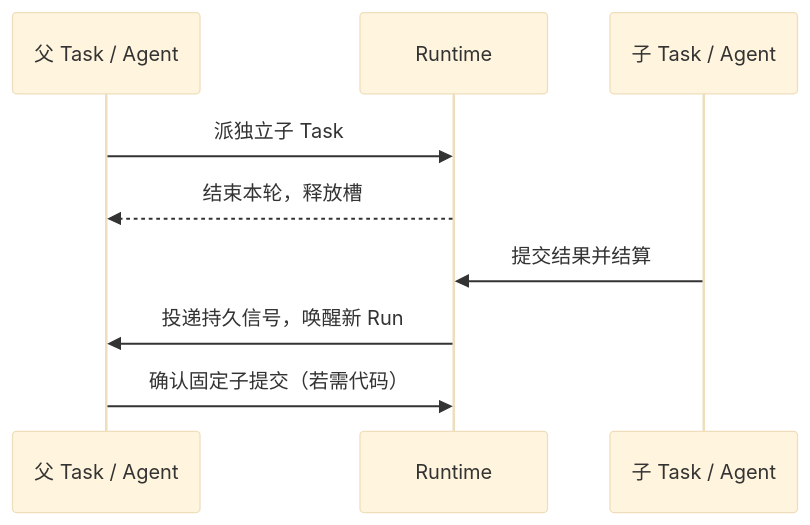
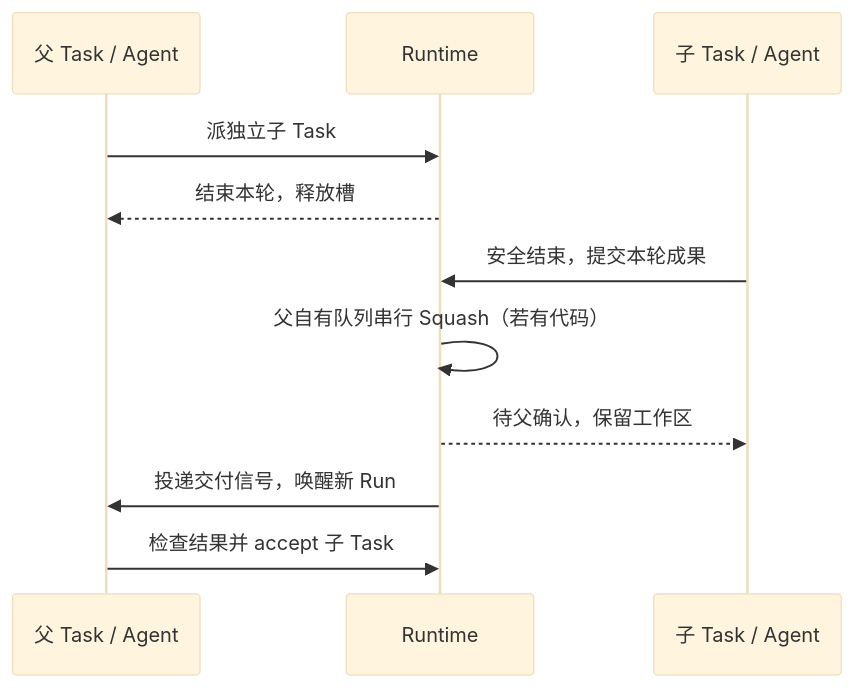
One commit to Loyage/lush changed the diagram in docs/engineering/execution-model.md. Above: the diagram before and after it, drawn with Mermaid (base theme). The commit also changed other lines of this file and 43 other files, not shown here.

````diff
--- a/docs/engineering/execution-model.md
+++ b/docs/engineering/execution-model.md
@@ -11,11 +11,13 @@
 ```mermaid
 sequenceDiagram
     participant P as 父 Task / Agent
     participant R as Runtime
     participant C as 子 Task / Agent
     P->>R: 派独立子 Task
     R-->>P: 结束本轮，释放槽
-    C->>R: 提交结果并结算
-    R->>P: 投递持久信号，唤醒新 Run
-    P->>R: 确认固定子提交（若需代码）
+    C->>R: 安全结束，提交本轮成果
+    R->>R: 父自有队列串行 Squash（若有代码）
+    R-->>C: 待父确认，保留工作区
+    R->>P: 投递交付信号，唤醒新 Run
+    P->>R: 检查结果并 accept 子 Task
 ```
````
